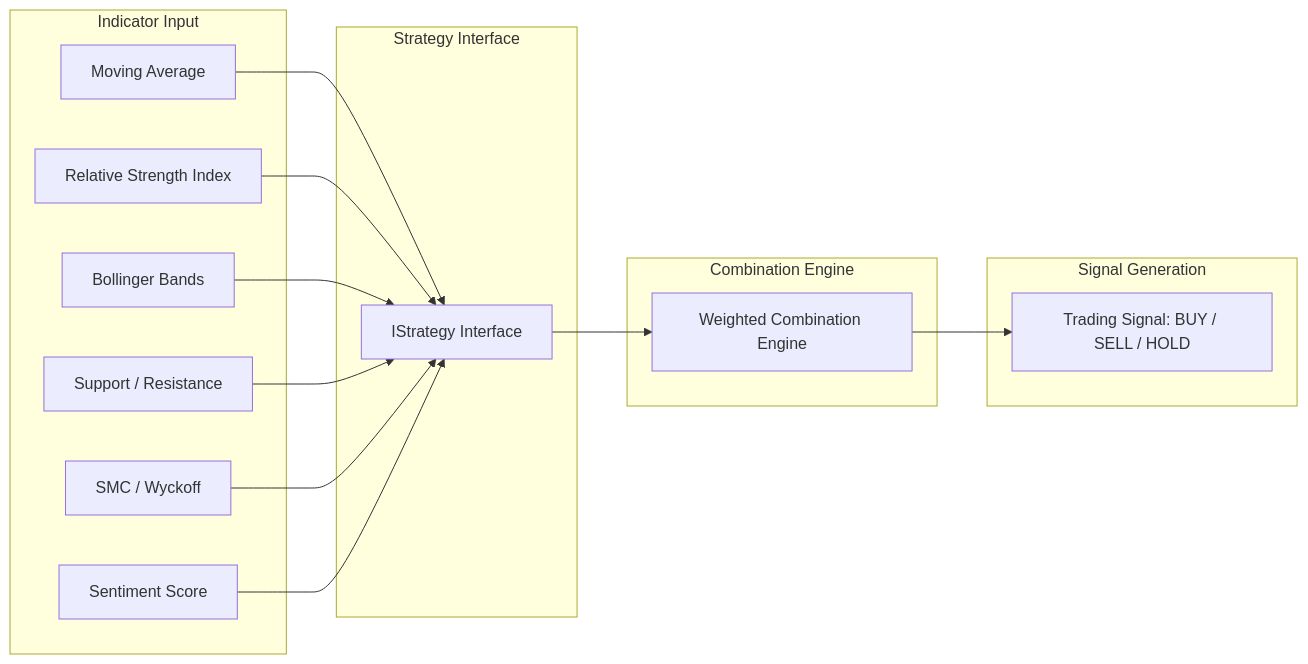
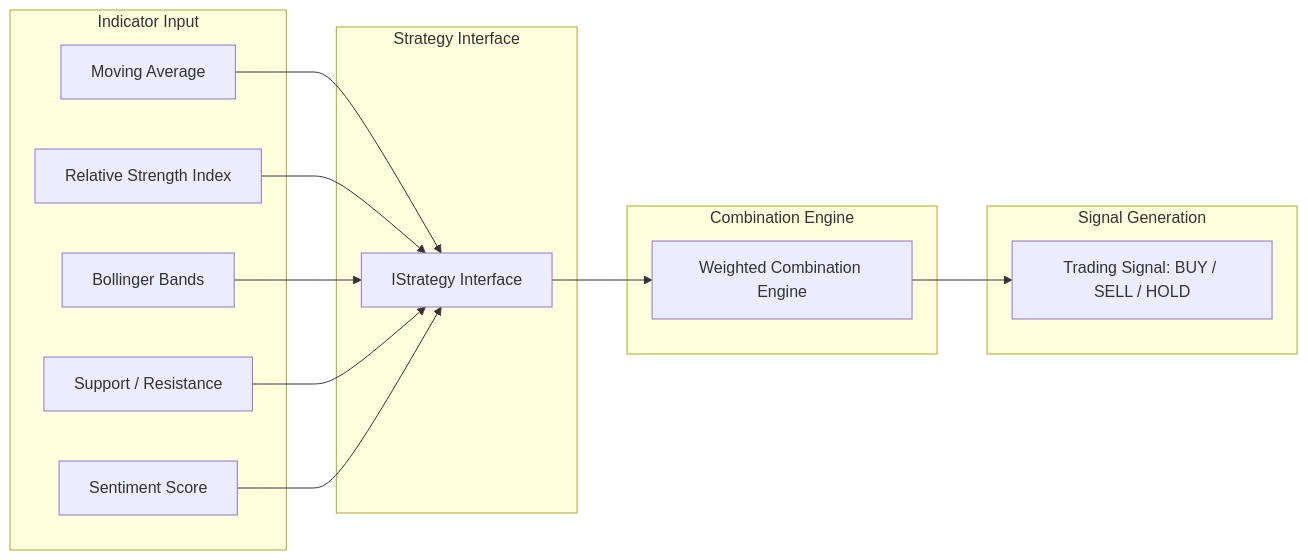
The sixth of 7 diagrams in docs/ARCHITECTURE_DOCUMENT.md (Triszz/crypto-strategy-lab), drawn with Mermaid before and after one commit. The commit also changed other lines of this file and 48 other files, not shown here.

Commit message:
docs: reformat Mermaid architecture diagrams and update system documentation

````diff
--- a/docs/ARCHITECTURE_DOCUMENT.md
+++ b/docs/ARCHITECTURE_DOCUMENT.md
@@ -229,27 +257,31 @@
 ```mermaid
 graph LR
     subgraph Indicator Input
         MA[Moving Average]
         RSI[Relative Strength Index]
         BB[Bollinger Bands]
         SR[Support / Resistance]
-        SMC[SMC / Wyckoff]
         Sentiment[Sentiment Score]
     end
 
     subgraph Strategy Interface
         IStrategy[IStrategy Interface]
     end
 
     subgraph Combination Engine
         Weighting[Weighted Combination Engine]
     end
 
     subgraph Signal Generation
         Signal[Trading Signal: BUY / SELL / HOLD]
     end
 
-    MA & RSI & BB & SR & SMC & Sentiment --> IStrategy
+    MA --> IStrategy
+    RSI --> IStrategy
+    BB --> IStrategy
+    SR --> IStrategy
+  
+    Sentiment --> IStrategy
     IStrategy --> Weighting
     Weighting --> Signal
 ```
````
